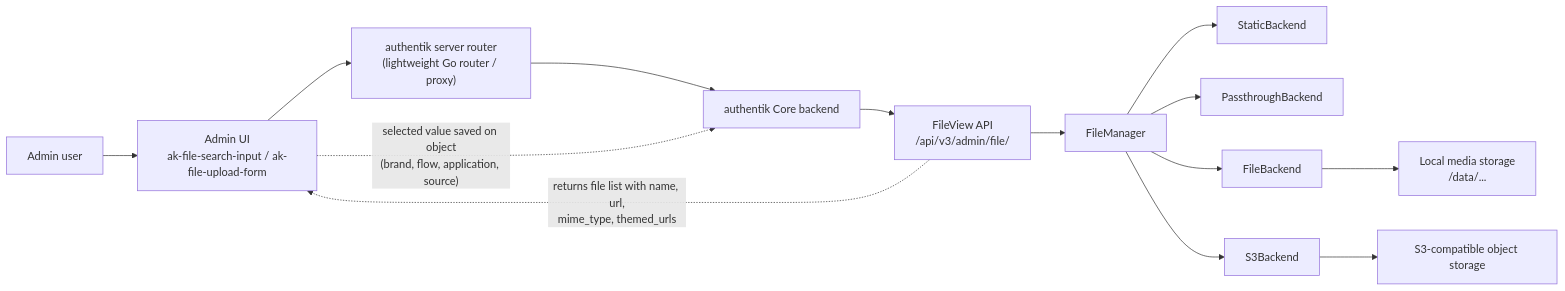
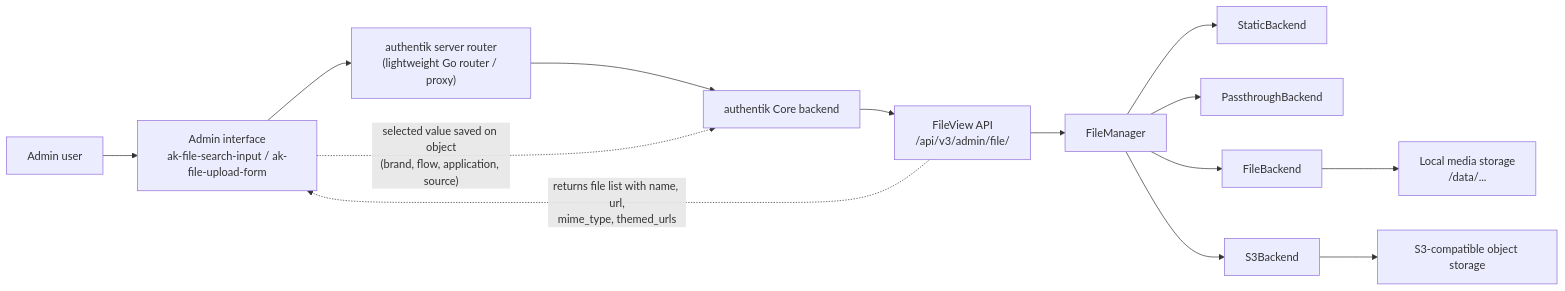
One commit to goauthentik/authentik changed the first of 2 diagrams in website/docs/customize/files.md. Above: the diagram before and after it, drawn with Mermaid. The commit also changed 2 other files, not shown here.

Commit message:
website/docs: normalize Admin interface terminology

````diff
--- a/website/docs/customize/files.md
+++ b/website/docs/customize/files.md
@@ -32,17 +32,17 @@
 ```mermaid
 flowchart LR
-    A["Admin user"] --> B["Admin UI<br/>ak-file-search-input / ak-file-upload-form"]
+    A["Admin user"] --> B["Admin interface<br/>ak-file-search-input / ak-file-upload-form"]
     B --> C["authentik server router<br/>(lightweight Go router / proxy)"]
     C --> D["authentik Core backend"]
     D --> E["FileView API<br/>/api/v3/admin/file/"]
     E --> F["FileManager"]
     F --> G["StaticBackend"]
     F --> H["PassthroughBackend"]
     F --> I["FileBackend"]
     F --> J["S3Backend"]
     I --> K["Local media storage<br/>/data/..."]
     J --> L["S3-compatible object storage"]
 
     E -. "returns file list with name, url,<br/>mime_type, themed_urls" .-> B
     B -. "selected value saved on object<br/>(brand, flow, application, source)" .-> D
 ```
````
